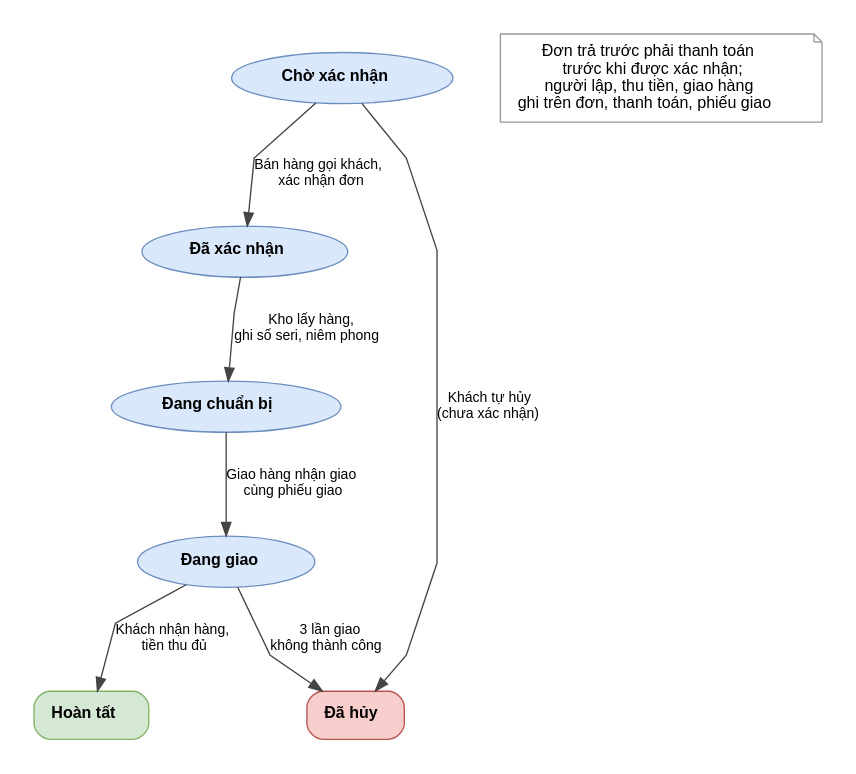
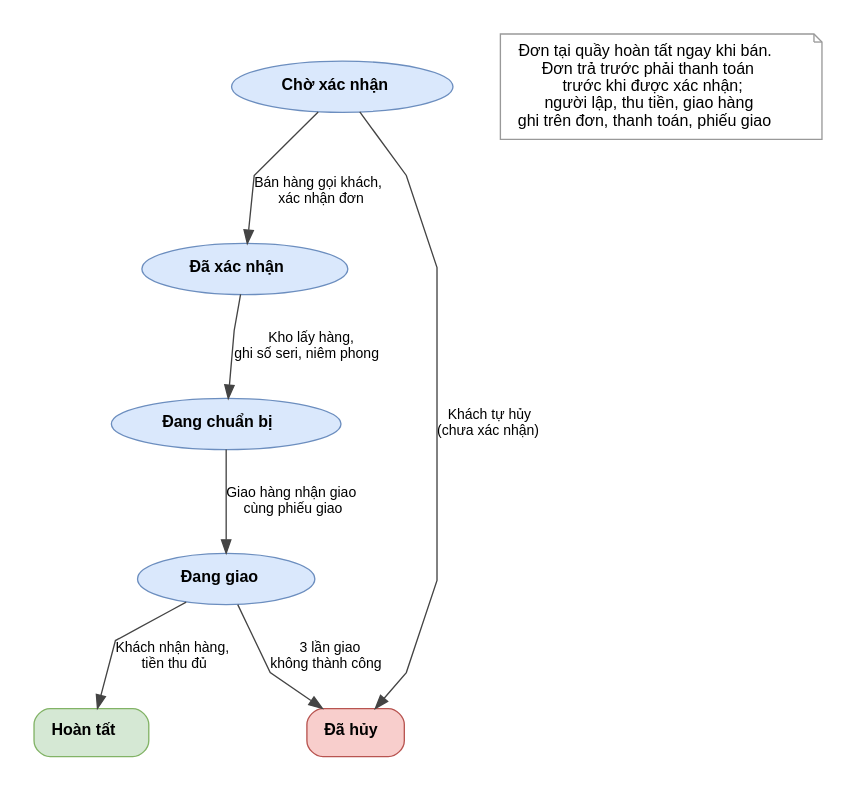
Before and after one commit to twotnguyen/CSDL-NC-PowerTech: the diagram in bao-cao-moi/hinh/luudo_don_hang.dot, drawn with Graphviz. The commit also changed 54 other files, not shown here.

```diff
--- a/bao-cao-moi/hinh/luudo_don_hang.dot
+++ b/bao-cao-moi/hinh/luudo_don_hang.dot
@@ -1,17 +1,17 @@
 digraph G {
   rankdir=TB; splines=polyline; nodesep=0.5; ranksep=0.75; pad=0.25;
   node [fontname="Helvetica", fontsize=12, margin="0.18,0.1"]; edge [fontname="Helvetica", fontsize=10.5, color="#444444"];
   a [label=<<B>Chờ xác nhận</B>>, shape=ellipse, style=filled, fillcolor="#DAE8FC", color="#6C8EBF"];
   b [label=<<B>Đã xác nhận</B>>, shape=ellipse, style=filled, fillcolor="#DAE8FC", color="#6C8EBF"];
   c [label=<<B>Đang chuẩn bị</B>>, shape=ellipse, style=filled, fillcolor="#DAE8FC", color="#6C8EBF"];
   d [label=<<B>Đang giao</B>>, shape=ellipse, style=filled, fillcolor="#DAE8FC", color="#6C8EBF"];
   f [label=<<B>Hoàn tất</B>>, shape=box, style="rounded,filled", fillcolor="#D5E8D4", color="#82B366"];
   x [label=<<B>Đã hủy</B>>, shape=box, style="rounded,filled", fillcolor="#F8CECC", color="#B85450"];
   a -> b [label=<Bán hàng gọi khách,<BR/>xác nhận đơn>,];
   b -> c [label=<Kho lấy hàng,<BR/>ghi số seri, niêm phong>,];
   c -> d [label=<Giao hàng nhận giao<BR/>cùng phiếu giao>,];
   d -> f [label=<Khách nhận hàng,<BR/>tiền thu đủ>,];
   a -> x [label=<Khách tự hủy<BR/>(chưa xác nhận)>,];
   d -> x [label=<3 lần giao<BR/>không thành công>,];
-  n [shape=note, style=filled, fillcolor="#FFFFFF", color="#999999", label=<Đơn trả trước phải thanh toán<BR/>trước khi được xác nhận;<BR/>người lập, thu tiền, giao hàng<BR/>ghi trên đơn, thanh toán, phiếu giao>];
+  n [shape=note, style=filled, fillcolor="#FFFFFF", color="#999999", label=<Đơn tại quầy hoàn tất ngay khi bán.<BR/>Đơn trả trước phải thanh toán<BR/>trước khi được xác nhận;<BR/>người lập, thu tiền, giao hàng<BR/>ghi trên đơn, thanh toán, phiếu giao>];
 }
```
